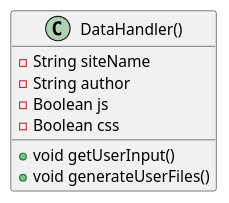
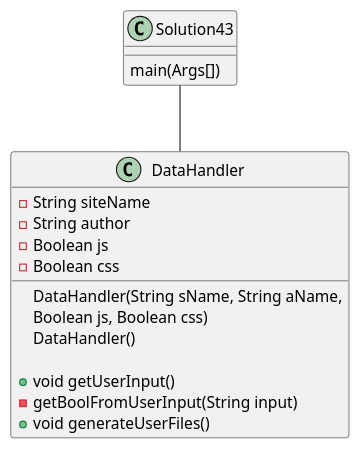
The diagram in exercise43/docs/classes.puml (Jyke321/cordonero-a04), drawn with PlantUML before and after one commit. The commit also changed 3 other files, not shown here.

```diff
--- a/exercise43/docs/classes.puml
+++ b/exercise43/docs/classes.puml
@@ -1,11 +1,23 @@
 @startuml
-class DataHandler() {
+
+class Solution43 {
+    main(Args[])
+}
+
+class DataHandler {
     - String siteName
     - String author
     - Boolean js
     - Boolean css
 
+    DataHandler(String sName, String aName,
+                Boolean js, Boolean css)
+    DataHandler()
+
     + void getUserInput()
+    -getBoolFromUserInput(String input)
     +void generateUserFiles()
 }
+
+Solution43 -- DataHandler
 @enduml
```
